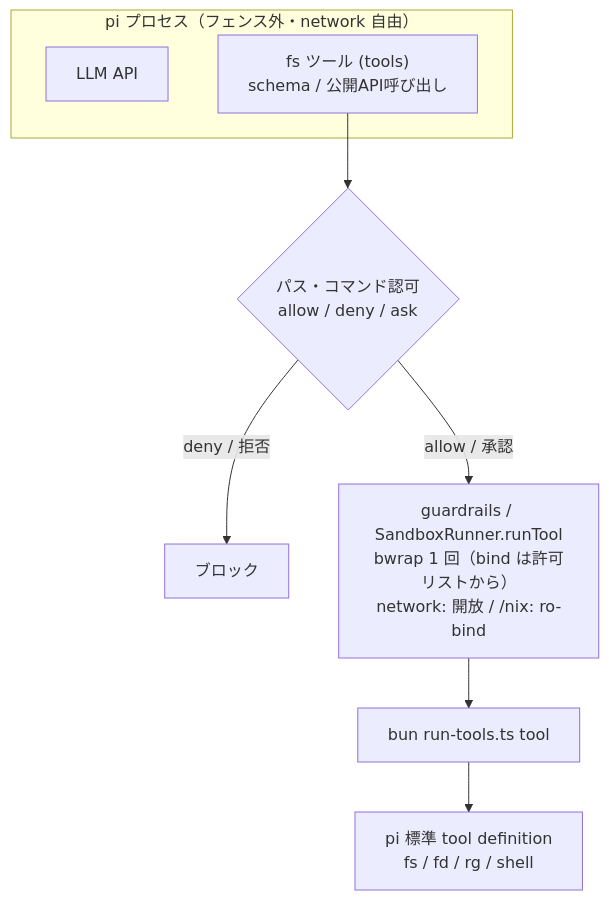
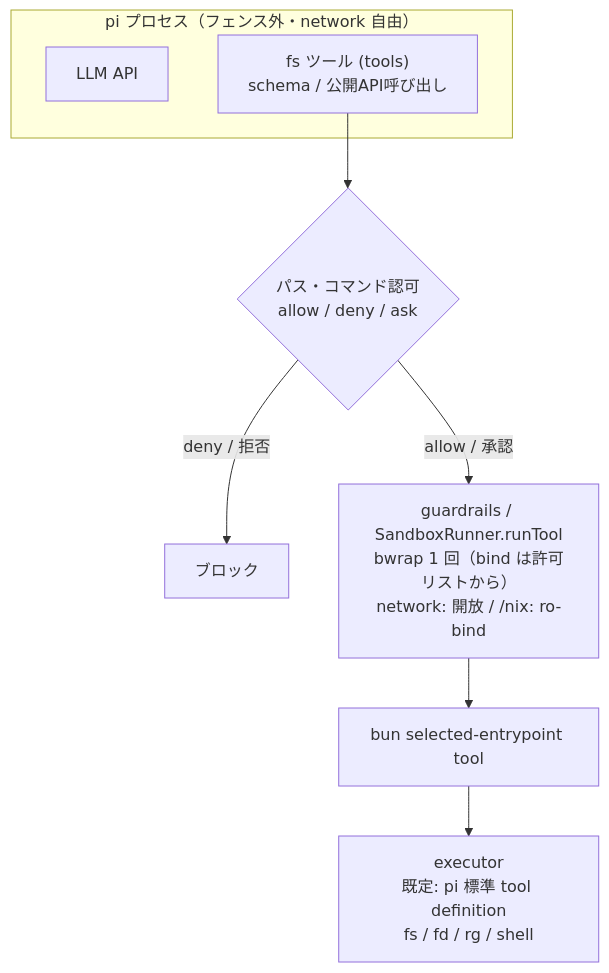
Before and after one commit to CatBraaain/dotfiles: the diagram in dotfiles/.pi/agent/extensions.exact/guardrails/ADR.md, drawn with Mermaid. The commit also changed other lines of this file and 13 other files, not shown here.

````diff
--- a/dotfiles/.pi/agent/extensions.exact/guardrails/ADR.md
+++ b/dotfiles/.pi/agent/extensions.exact/guardrails/ADR.md
@@ -75,12 +75,12 @@
 ```mermaid
 flowchart TD
     subgraph PI["pi プロセス（フェンス外・network 自由）"]
         API["LLM API"]
         TOOLS["fs ツール (tools)<br/>schema / 公開API呼び出し"]
     end
     TOOLS --> AUTH{"パス・コマンド認可<br/>allow / deny / ask"}
     AUTH -- "deny / 拒否" --> BLOCK["ブロック"]
     AUTH -- "allow / 承認" --> RUNTOOL["guardrails / SandboxRunner.runTool<br/>bwrap 1 回（bind は許可リストから）<br/>network: 開放 / /nix: ro-bind"]
-    RUNTOOL --> CLI["bun run-tools.ts tool"]
-    CLI --> DEF["pi 標準 tool definition<br/>fs / fd / rg / shell"]
+    RUNTOOL --> CLI["bun selected-entrypoint tool"]
+    CLI --> DEF["executor<br/>既定: pi 標準 tool definition<br/>fs / fd / rg / shell"]
 ```
````
